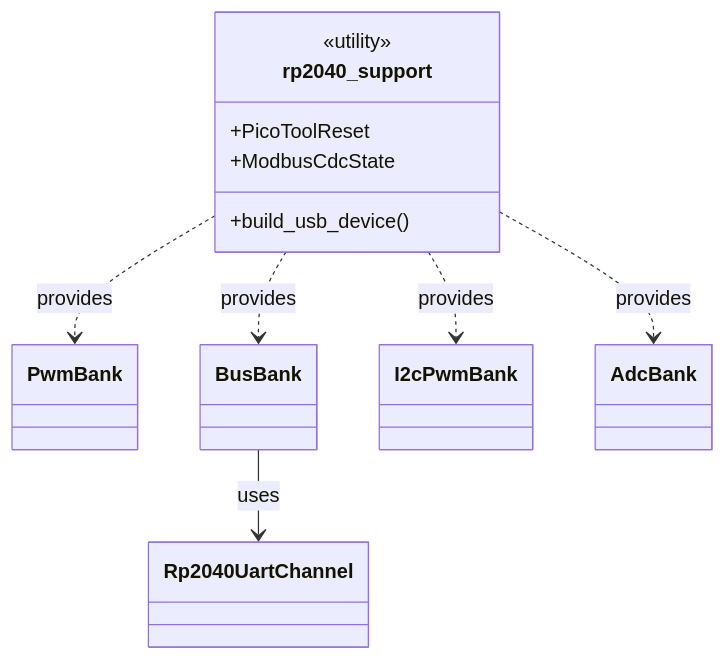
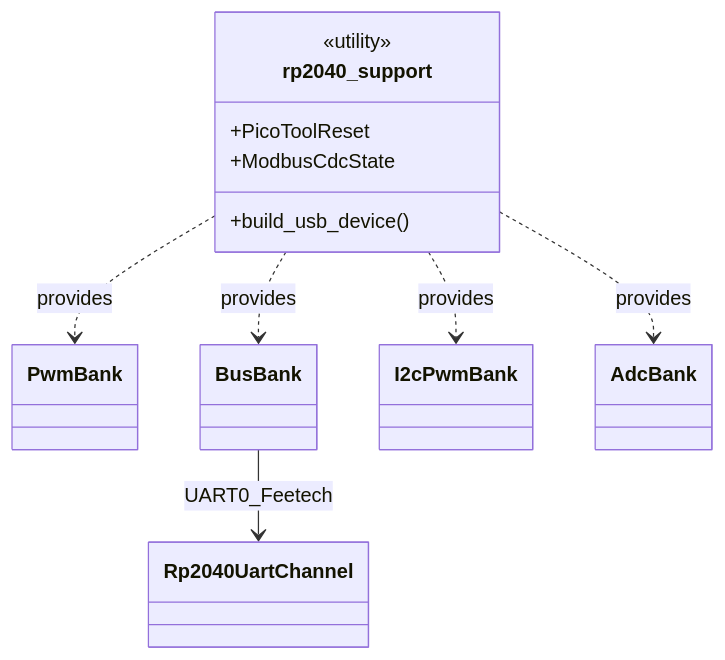
The third of 3 diagrams in docs/architecture/firmware.md (Lucy-Robotics/lucy_embedded_firmware), drawn with Mermaid before and after one commit. The commit also changed other lines of this file and 1 other file, not shown here.

Commit message:
evol(architecture): dual SO101 paths, UART Feetech, HI f64 SHM

````diff
--- a/docs/architecture/firmware.md
+++ b/docs/architecture/firmware.md
@@ -40,20 +75,20 @@
 ```mermaid
 classDiagram
   class rp2040_support {
     <<utility>>
     +PicoToolReset
     +ModbusCdcState
     +build_usb_device()
   }
   class PwmBank
   class BusBank
   class I2cPwmBank
   class AdcBank
   class Rp2040UartChannel
   
   rp2040_support ..> PwmBank : provides
   rp2040_support ..> BusBank : provides
   rp2040_support ..> I2cPwmBank : provides
   rp2040_support ..> AdcBank : provides
-  BusBank --> Rp2040UartChannel : uses
+  BusBank --> Rp2040UartChannel : UART0_Feetech
 ```
````
